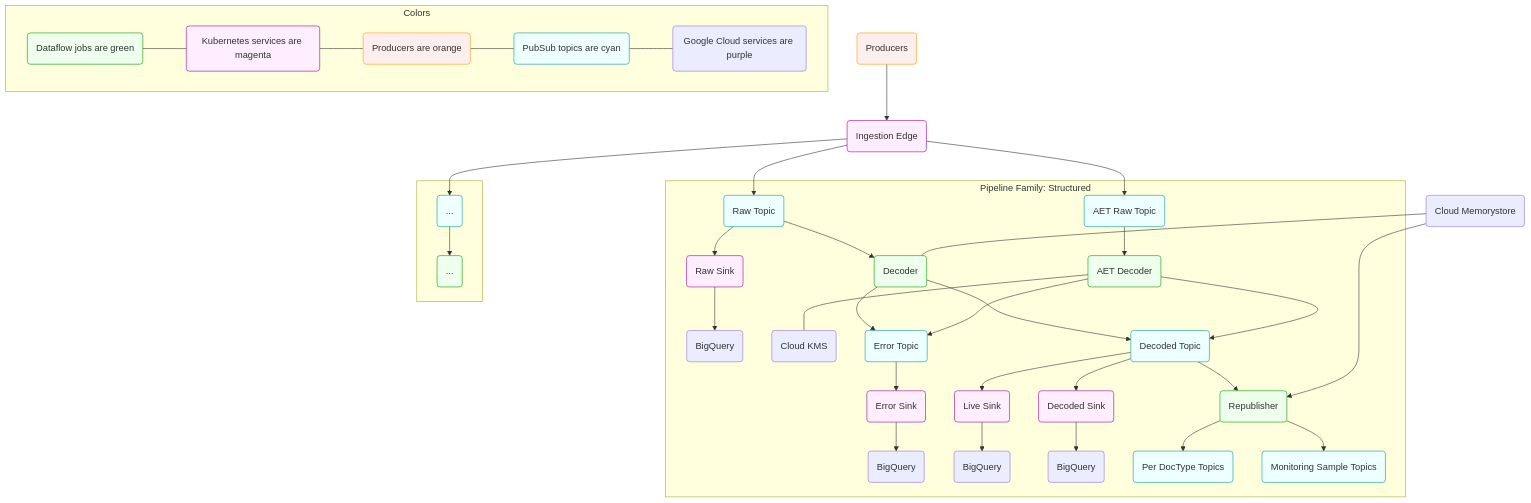
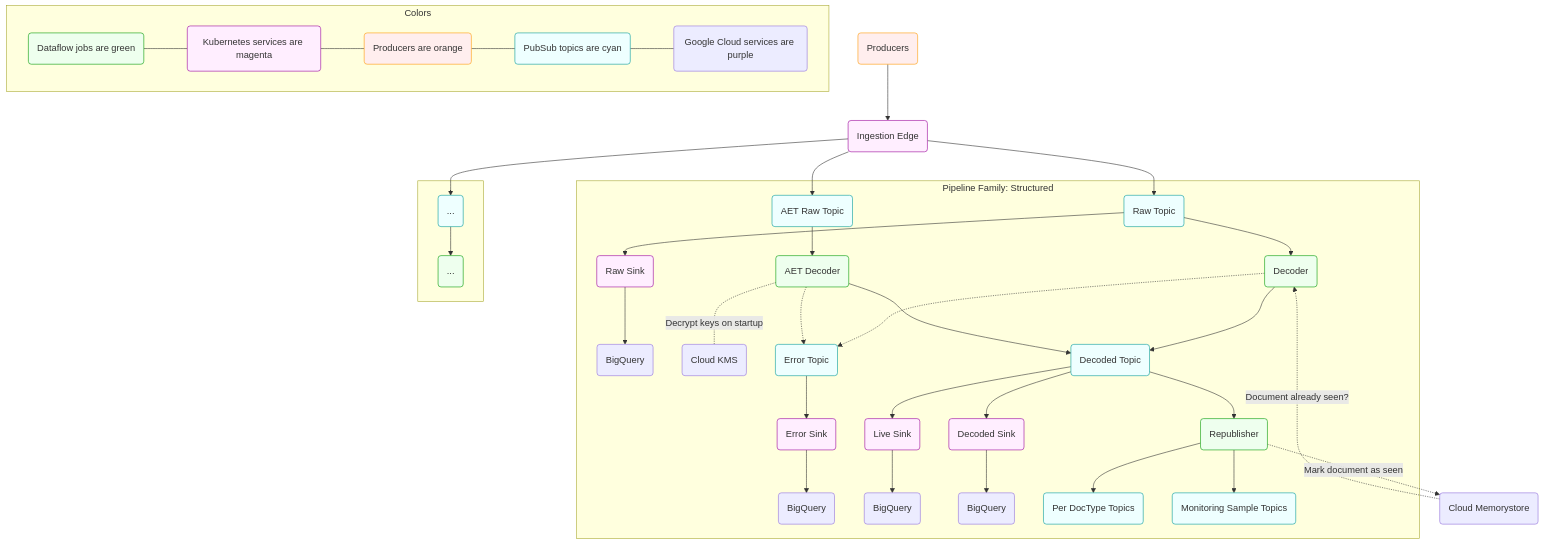
Before and after one commit to mozilla/gcp-ingestion: the diagram in docs/architecture/diagram.mmd, drawn with Mermaid. The commit also changed 1 other file, not shown here.

Commit message:
Annotate some lines on diagram

```diff
--- a/docs/architecture/diagram.mmd
+++ b/docs/architecture/diagram.mmd
@@ -1,64 +1,64 @@
 %% To install the mmdc command run:
 %%   npm install -g mermaid.cli
 %% To update this file run:
 %%   mmdc -i diagram.mmd -o diagram.svg
 %% Or use the docker wrapper in this repo (from the top-level directory):
 %%   ./bin/update-diagrams
 
 graph TD
 
 f1(Producers) --> k1(Ingestion Edge)
 k1 --> p1(Raw Topic)
 k1 --> p1aet(AET Raw Topic)
 k1 --> p99(...)
 
 subgraph Pipeline Family: Structured
     p1 --> k2(Raw Sink)
     k2 --> c1(BigQuery)
     p1 --> d2(Decoder)
     p1aet --> d2aet(AET Decoder)
-    d2aet --- m2(Cloud KMS)
+    d2aet -. Decrypt keys on startup .- m2(Cloud KMS)
     d2 --> p2(Decoded Topic)
-    d2 --> p2err(Error Topic)
+    d2 -.-> p2err(Error Topic)
     p2err --> d3err(Error Sink)
     d3err --> berr(BigQuery)
     d2aet --> p2
-    d2aet --> p2err
+    d2aet -.-> p2err
     p2 --> d3(Live Sink)
     d3 --> b1(BigQuery)
     p2 --> k3(Decoded Sink)
     k3 --> c2(BigQuery)
     p2 --> d5(Republisher)
     d5 --> p5(Per DocType Topics)
     d5 --> p6(Monitoring Sample Topics)
 end
 
 subgraph .
    p99 --> d99(...)
 end
 
-m1 --> d5
-m1(Cloud Memorystore) --- d2
+d5 -. Mark document as seen .-> m1
+m1(Cloud Memorystore) -. Document already seen? .-> d2
 
 subgraph Colors
     d(Dataflow jobs are green)
     k(Kubernetes services are magenta)
     f(Producers are orange)
     p(PubSub topics are cyan)
     g(Google Cloud services are purple)
 
     %% connect them to make the key vertical
     d --- k
     k --- f
     f --- p
     p --- g
 end
 
 classDef cyan fill:#eff,stroke:#099;
 classDef green fill:#efe,stroke:#090;
 classDef magenta fill:#fef,stroke:#909;
 classDef orange fill:#fee,stroke:#f90;
 class p,p0,p1,p1aet,p2,p2err,p3,p4,p5,p6,p99 cyan
 class d,d0,d2,d2aet,d5,d99 green
 class k,k0,k1,k2,k3,d3,d3err magenta
 class f,f1 orange
```
